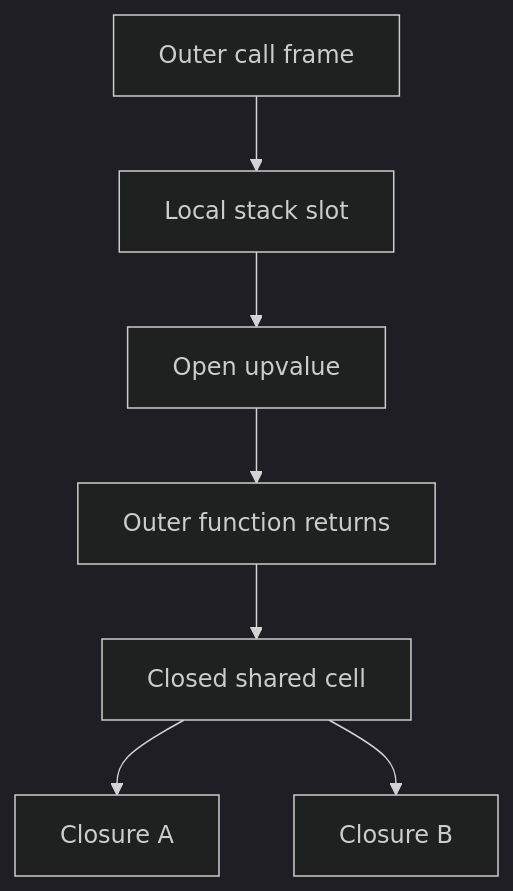
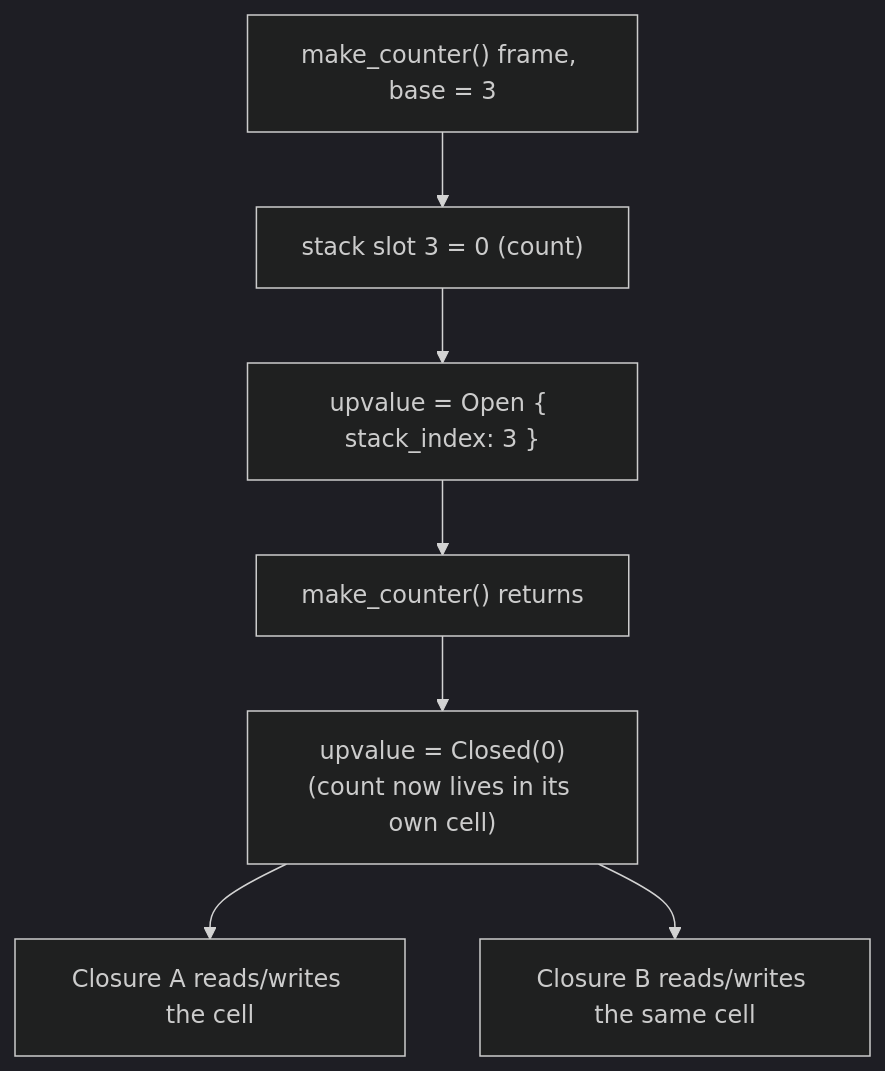
One commit to MustCodeAl/rust-game-hacking-book changed the first of 2 diagrams in _pages/12-lua-automation/09-call-frames-closures-and-upvalues.md. Above: the diagram before and after it, drawn with Mermaid (dark theme). The commit also changed other lines of this file and 52 other files, not shown here.

First line of the commit message:
Add figures and diagrams across Chapters 3 to 13

````diff
--- a/_pages/12-lua-automation/09-call-frames-closures-and-upvalues.md
+++ b/_pages/12-lua-automation/09-call-frames-closures-and-upvalues.md
@@ -105,9 +113,9 @@
 ```mermaid
 flowchart TD
-    A["Outer call frame"] --> B["Local stack slot"]
-    B --> C["Open upvalue"]
-    C --> D["Outer function returns"]
-    D --> E["Closed shared cell"]
-    E --> F["Closure A"]
-    E --> G["Closure B"]
+    A["make_counter() frame, base = 3"] --> B["stack slot 3 = 0 (count)"]
+    B --> C["upvalue = Open { stack_index: 3 }"]
+    C --> D["make_counter() returns"]
+    D --> E["upvalue = Closed(0)<br/>(count now lives in its own cell)"]
+    E --> F["Closure A reads/writes the cell"]
+    E --> G["Closure B reads/writes the same cell"]
 ```
````
